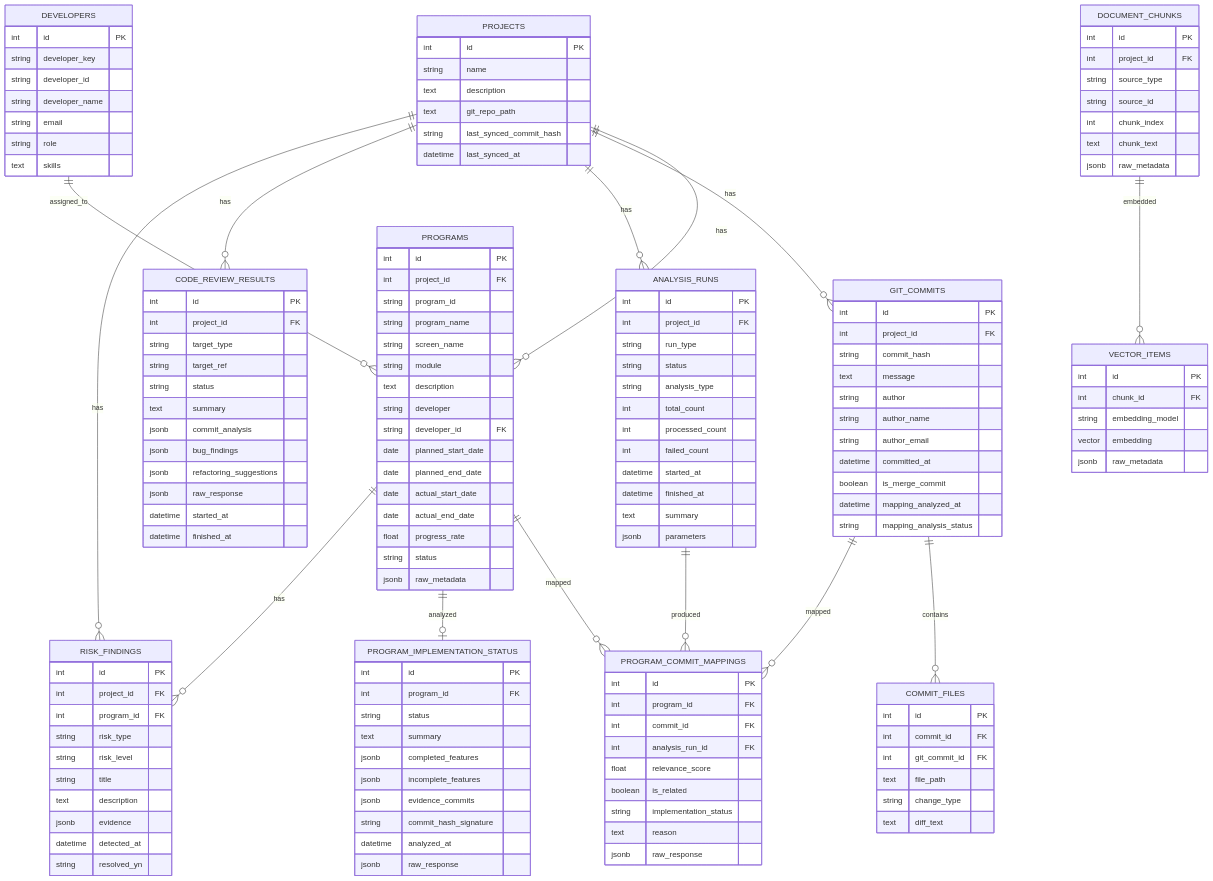
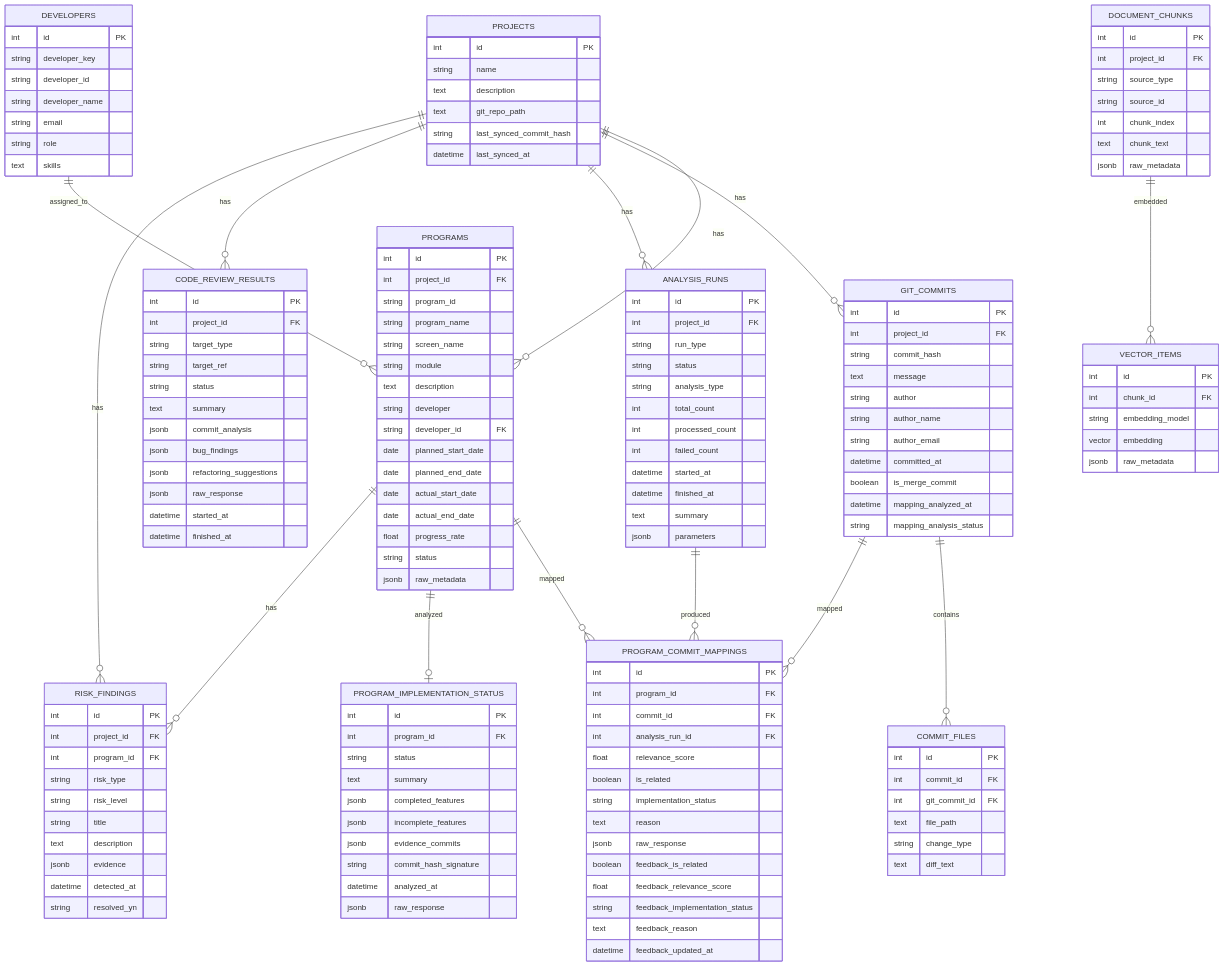
Before and after one commit to ino5/ai-commit-advisor-26: the third of 7 diagrams in README_ARCHITECTURE.md, drawn with Mermaid. The commit also changed other lines of this file and 4 other files, not shown here.

```diff
--- a/README_ARCHITECTURE.md
+++ b/README_ARCHITECTURE.md
@@ -189,6 +195,11 @@
         string implementation_status
         text reason
         jsonb raw_response
+        boolean feedback_is_related
+        float feedback_relevance_score
+        string feedback_implementation_status
+        text feedback_reason
+        datetime feedback_updated_at
     }
 
     PROGRAM_IMPLEMENTATION_STATUS {
```
